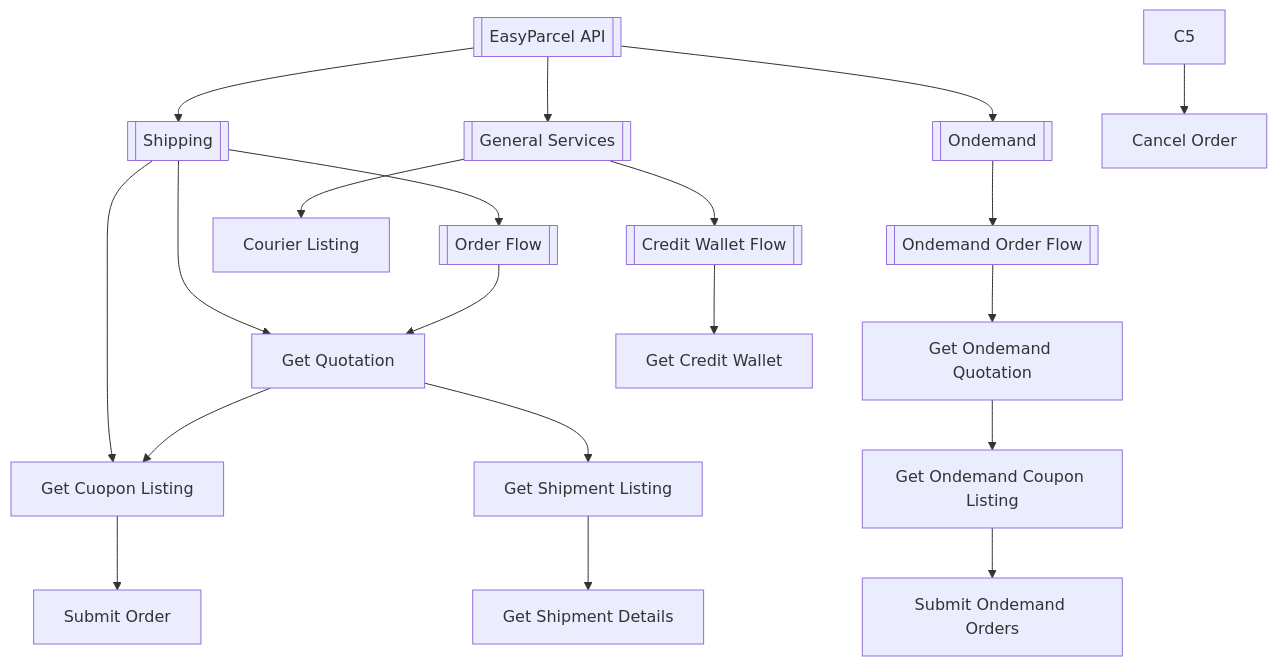
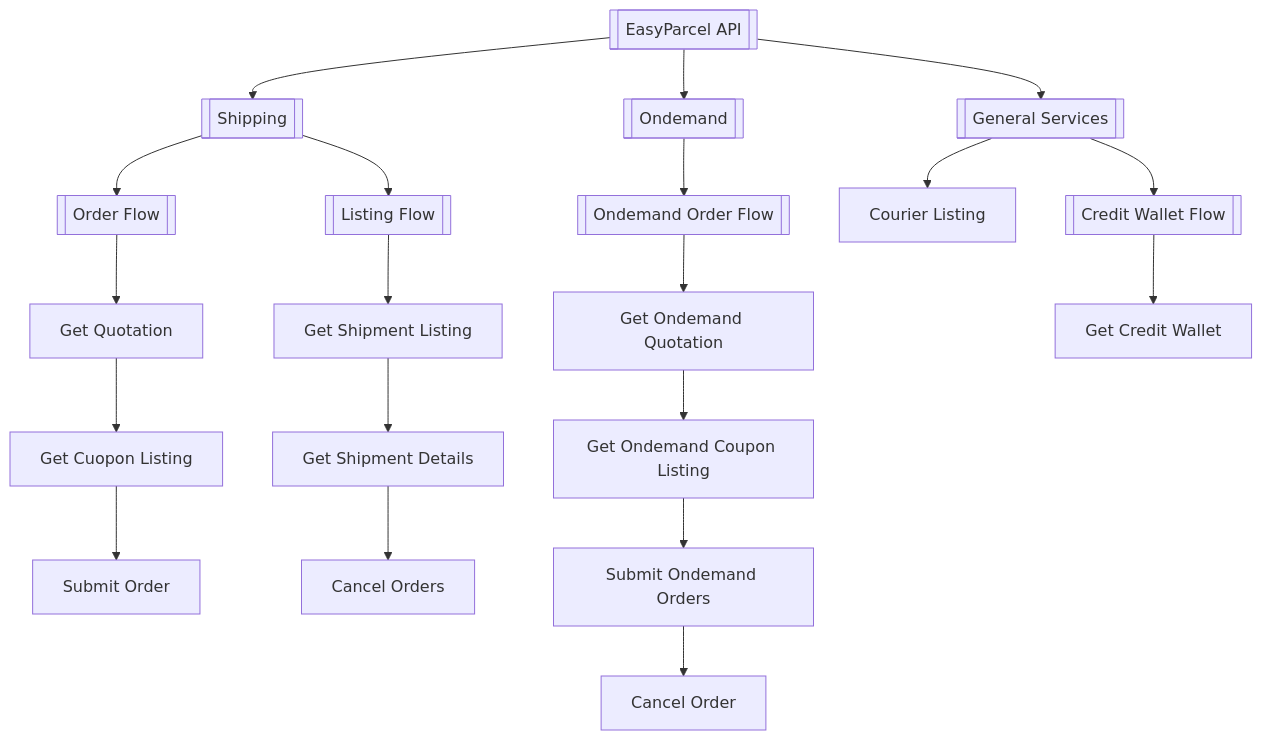
One commit to easyparcel/OpenAPI changed the diagram in 5.API endpoint/README.md. Above: the diagram before and after it, drawn with Mermaid.

````diff
--- a/5.API endpoint/README.md
+++ b/5.API endpoint/README.md
@@ -43,32 +43,32 @@
 ```mermaid
 graph TD
     A[[EasyParcel API]] --> B[[Shipping]]
     A --> C[[Ondemand]]
     A --> D[[General Services]]
     
     %% Shipping Flow
     B --> B1[[Order Flow]]
     B --> B2[[Listing Flow]]
-    B --> B3[[Cancel Orders]]
     
     %% Order Flow
-    B1 --> B2[Get Quotation]
-    B2 --> B3[Get Cuopon Listing]
-    B3 --> B4[Submit Order]
+    B1 --> B11[Get Quotation]
+    B11 --> B12[Get Cuopon Listing]
+    B12 --> B13[Submit Order]
     
     %% Listing Flow
     B2 --> B21[Get Shipment Listing]
     B21 --> B22[Get Shipment Details]
+    B22 --> B23[Cancel Orders]
     
     %% Ondemand Flow
     C --> C1[[Ondemand Order Flow]]
     C1 --> C2[Get Ondemand Quotation]
     C2 --> C3[Get Ondemand Coupon Listing]
     C3 --> C4[Submit Ondemand Orders]
-    C5 --> C6[Cancel Order]
+    C4 --> C5[Cancel Order]
     
     %% General Services
     D --> D1[Courier Listing]
     D --> D2[[Credit Wallet Flow]]
     D2 --> D21[Get Credit Wallet]
 ```
````
